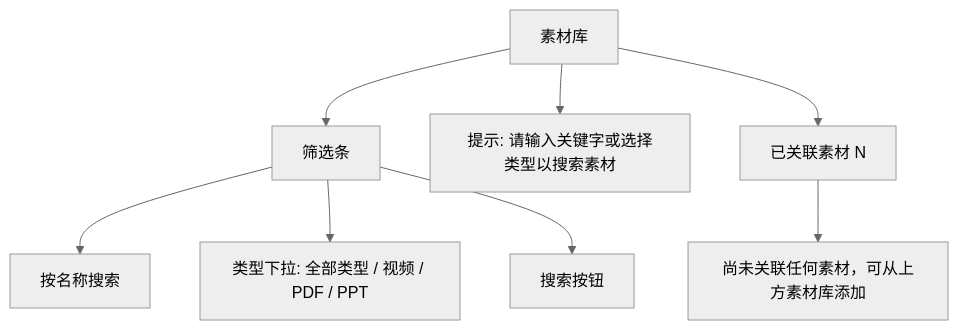
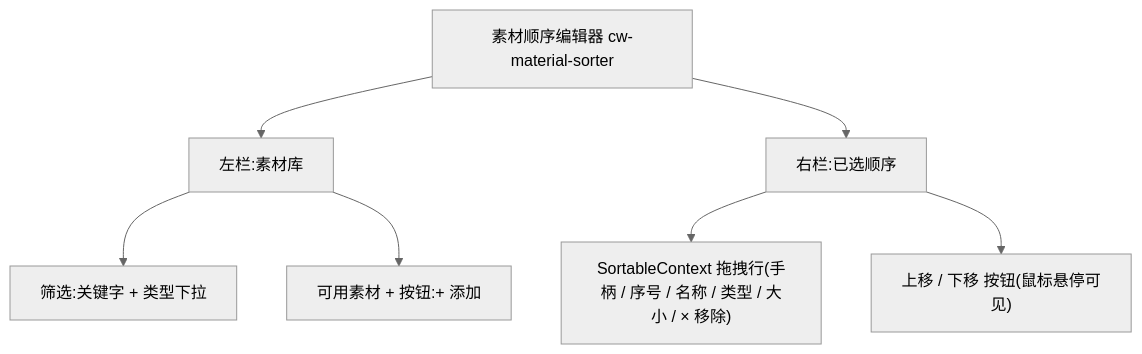
One commit to leo21cn/ai-learning-hub changed the third of 7 diagrams in doc/spec/04-管理后台规格.md. Above: the diagram before and after it, drawn with Mermaid (neutral theme). The commit also changed other lines of this file and 211 other files, not shown here.

````diff
--- a/doc/spec/04-管理后台规格.md
+++ b/doc/spec/04-管理后台规格.md
@@ -94,10 +94,9 @@
 ```mermaid
 graph TB
-    MB["素材库"] --> Filter["筛选条"]
-    Filter --> Kw["按名称搜索"]
-    Filter --> Type["类型下拉: 全部类型 / 视频 / PDF / PPT"]
-    Filter --> Btn["搜索按钮"]
-    MB --> Hint["提示: 请输入关键字或选择类型以搜索素材"]
-    MB --> Linked["已关联素材 N"]
-    Linked --> Empty["尚未关联任何素材，可从上方素材库添加"]
+  Sorter["素材顺序编辑器 cw-material-sorter"] --> Left["左栏:素材库"]
+  Sorter --> Right["右栏:已选顺序"]
+  Left --> LFilter["筛选:关键字 + 类型下拉"]
+  Left --> LItems["可用素材 + 按钮:+ 添加"]
+  Right --> RSortable["SortableContext 拖拽行(手柄 / 序号 / 名称 / 类型 / 大小 / × 移除)"]
+  Right --> RShortcut["上移 / 下移 按钮(鼠标悬停可见)"]
 ```
````
